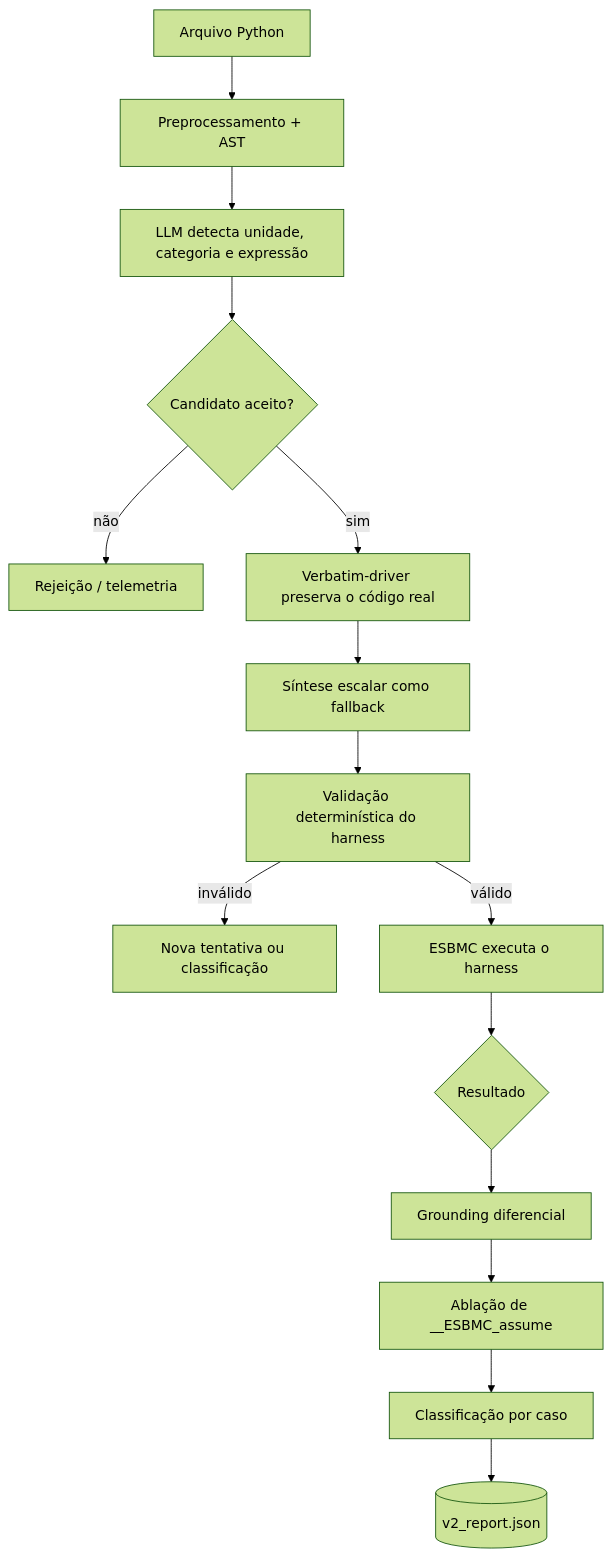
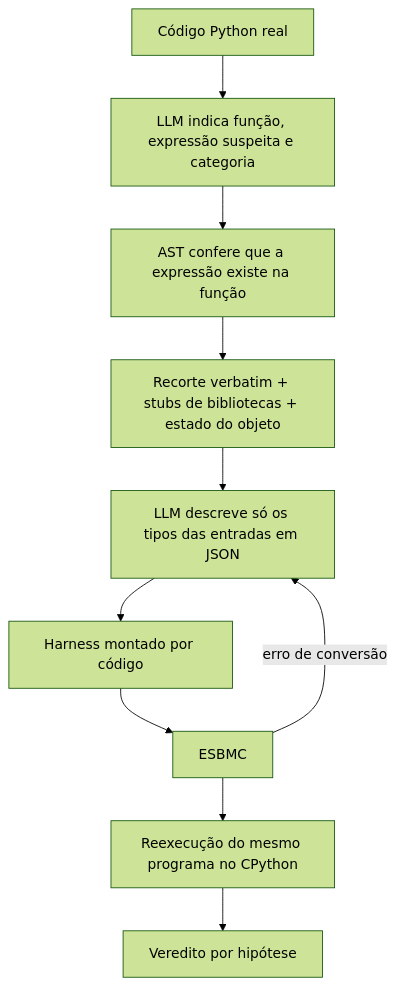
Before and after one commit to feralice/llm-esbmc-pipeline: the diagram in README.md, drawn with Mermaid (forest theme). The commit also changed other lines of this file and 27 other files, not shown here.

````diff
--- a/README.md
+++ b/README.md
@@ -17,17 +16,12 @@
 ```mermaid
 flowchart TD
-    A[Arquivo Python] --> B[Preprocessamento + AST]
-    B --> C[LLM detecta unidade, categoria e expressão]
-    C --> D{Candidato aceito?}
-    D -- não --> R[Rejeição / telemetria]
-    D -- sim --> E[Verbatim-driver preserva o código real]
-    E --> F[Síntese escalar como fallback]
-    F --> G[Validação determinística do harness]
-    G -- inválido --> H[Nova tentativa ou classificação]
-    G -- válido --> I[ESBMC executa o harness]
-    I --> J{Resultado}
-    J --> K[Grounding diferencial]
-    K --> L[Ablação de __ESBMC_assume]
-    L --> M[Classificação por caso]
-    M --> N[(v2_report.json)]
+    A[Código Python real] --> B[LLM indica função, expressão suspeita e categoria]
+    B --> C[AST confere que a expressão existe na função]
+    C --> D[Recorte verbatim + stubs de bibliotecas + estado do objeto]
+    D --> E[LLM descreve só os tipos das entradas em JSON]
+    E --> F[Harness montado por código]
+    F --> G[ESBMC]
+    G --> H[Reexecução do mesmo programa no CPython]
+    H --> I[Veredito por hipótese]
+    G -- erro de conversão --> E
 ```
````
